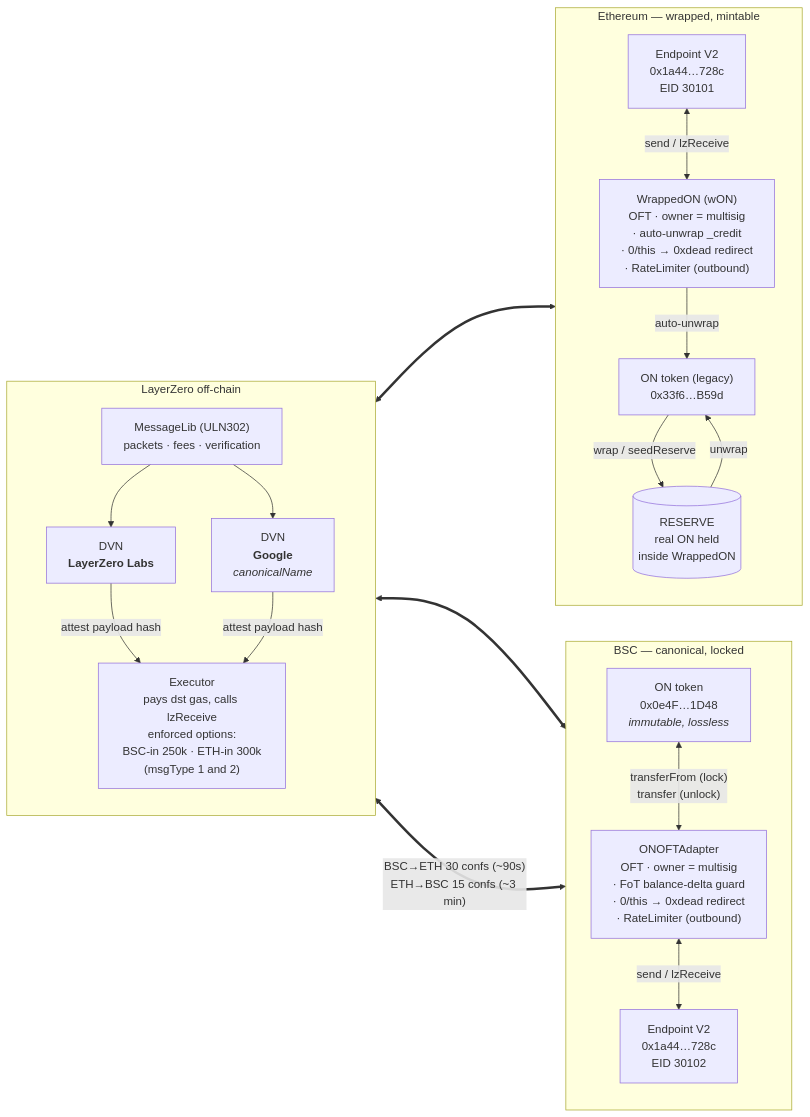
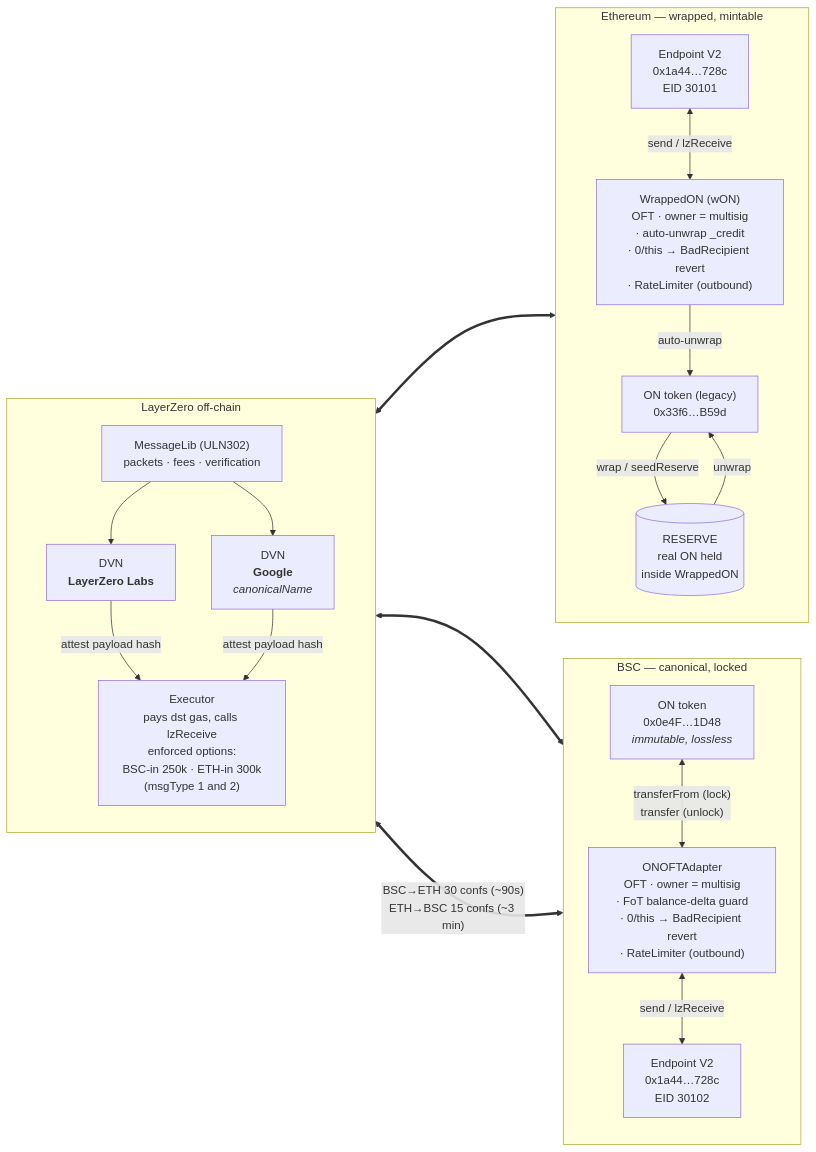
Before and after one commit to orochi-network/bridge: the first of 3 diagrams in docs/ARCHITECTURE.md, drawn with Mermaid. The commit also changed other lines of this file and 7 other files, not shown here.

First line of the commit message:
fix(_credit): replace 0xdead redirect with explicit BadRecipient revert

````diff
--- a/docs/ARCHITECTURE.md
+++ b/docs/ARCHITECTURE.md
@@ -12,39 +12,39 @@
 ```mermaid
 flowchart LR
     subgraph BSC["BSC — canonical, locked"]
         direction TB
         ONBSC["ON token<br/>0x0e4F…1D48<br/><i>immutable, lossless</i>"]
-        ADAPTER["ONOFTAdapter<br/>OFT · owner = multisig<br/>· FoT balance-delta guard<br/>· 0/this → 0xdead redirect<br/>· RateLimiter (outbound)"]
+        ADAPTER["ONOFTAdapter<br/>OFT · owner = multisig<br/>· FoT balance-delta guard<br/>· 0/this → BadRecipient revert<br/>· RateLimiter (outbound)"]
         EPBSC["Endpoint V2<br/>0x1a44…728c<br/>EID 30102"]
         ONBSC <-->|"transferFrom (lock)<br/>transfer (unlock)"| ADAPTER
         ADAPTER <-->|"send / lzReceive"| EPBSC
     end
 
     subgraph LZ["LayerZero off-chain"]
         direction TB
         MSGLIB["MessageLib (ULN302)<br/>packets · fees · verification"]
         DVN1["DVN<br/><b>LayerZero Labs</b>"]
         DVN2["DVN<br/><b>Google</b><br/><i>canonicalName</i>"]
         EXEC["Executor<br/>pays dst gas, calls lzReceive<br/>enforced options:<br/>BSC-in 250k · ETH-in 300k<br/>(msgType 1 and 2)"]
         MSGLIB --> DVN1
         MSGLIB --> DVN2
         DVN1 -->|attest payload hash| EXEC
         DVN2 -->|attest payload hash| EXEC
     end
 
     subgraph ETH["Ethereum — wrapped, mintable"]
         direction TB
         EPETH["Endpoint V2<br/>0x1a44…728c<br/>EID 30101"]
-        WON["WrappedON (wON)<br/>OFT · owner = multisig<br/>· auto-unwrap _credit<br/>· 0/this → 0xdead redirect<br/>· RateLimiter (outbound)"]
+        WON["WrappedON (wON)<br/>OFT · owner = multisig<br/>· auto-unwrap _credit<br/>· 0/this → BadRecipient revert<br/>· RateLimiter (outbound)"]
         ONETH["ON token (legacy)<br/>0x33f6…B59d"]
         RESERVE[("RESERVE<br/>real ON held<br/>inside WrappedON")]
         EPETH <-->|"send / lzReceive"| WON
         WON -->|"auto-unwrap"| ONETH
         ONETH -->|"wrap / seedReserve"| RESERVE
         RESERVE -->|"unwrap"| ONETH
     end
 
     EPBSC <==>|"BSC→ETH 30 confs (~90s)<br/>ETH→BSC 15 confs (~3 min)"| MSGLIB
     EXEC <==> EPETH
     EXEC <==> EPBSC
 ```
````
